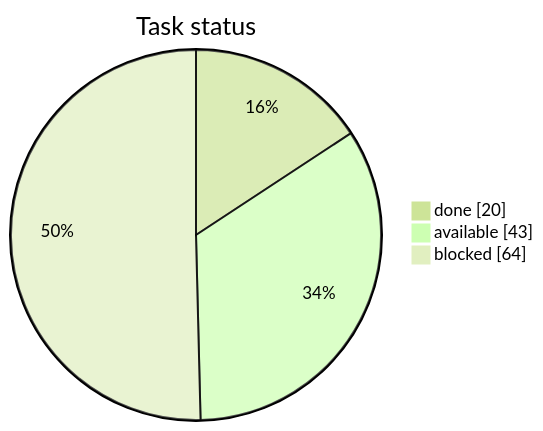
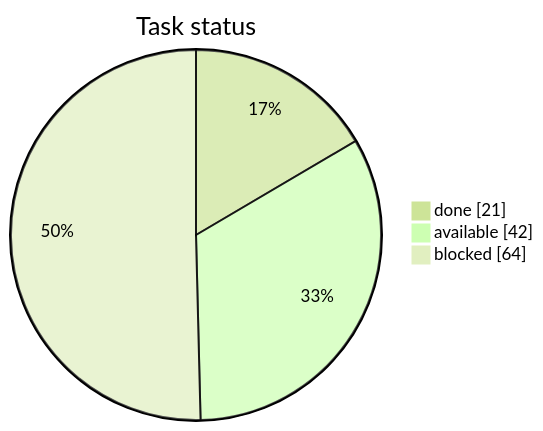
Before and after one commit to artemiiShabanov/RallyRivals: the first of 3 diagrams in STATUS.md, drawn with Mermaid (forest theme). The commit also changed other lines of this file and 2 other files, not shown here.

````diff
--- a/STATUS.md
+++ b/STATUS.md
@@ -7,7 +7,7 @@
 ```mermaid
 pie showData
     title Task status
-    "done" : 20
-    "available" : 43
+    "done" : 21
+    "available" : 42
     "blocked" : 64
 ```
````
